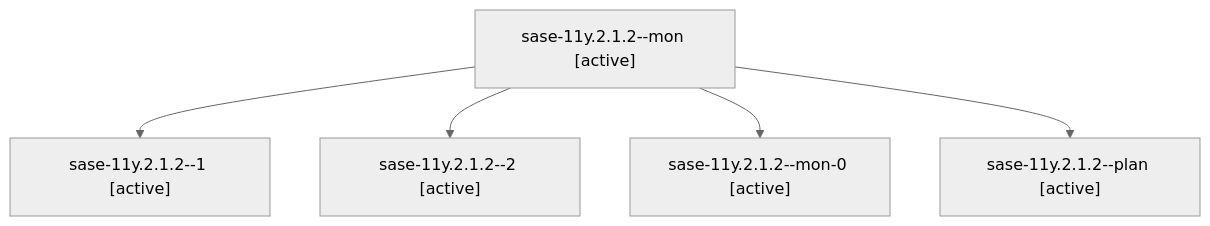
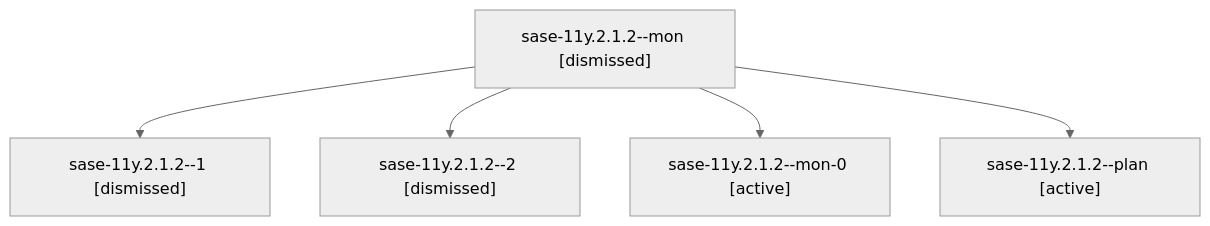
One commit to sase-org/sase--agents changed the diagram in sessions/bbugyi200.athena.sase-11y.2.1.2.md. Above: the diagram before and after it, drawn with Mermaid (neutral theme). The commit also changed other lines of this file and 252 other files, not shown here.

````diff
--- a/sessions/bbugyi200.athena.sase-11y.2.1.2.md
+++ b/sessions/bbugyi200.athena.sase-11y.2.1.2.md
@@ -9,12 +9,12 @@
 ```mermaid
 flowchart TD
-  n0["sase-11y.2.1.2--mon [active]"]
-  n1["sase-11y.2.1.2--1 [active]"]
+  n0["sase-11y.2.1.2--mon [dismissed]"]
+  n1["sase-11y.2.1.2--1 [dismissed]"]
   n0 --> n1
-  n2["sase-11y.2.1.2--2 [active]"]
+  n2["sase-11y.2.1.2--2 [dismissed]"]
   n0 --> n2
   n3["sase-11y.2.1.2--mon-0 [active]"]
   n0 --> n3
   n4["sase-11y.2.1.2--plan [active]"]
   n0 --> n4
 ```
````
